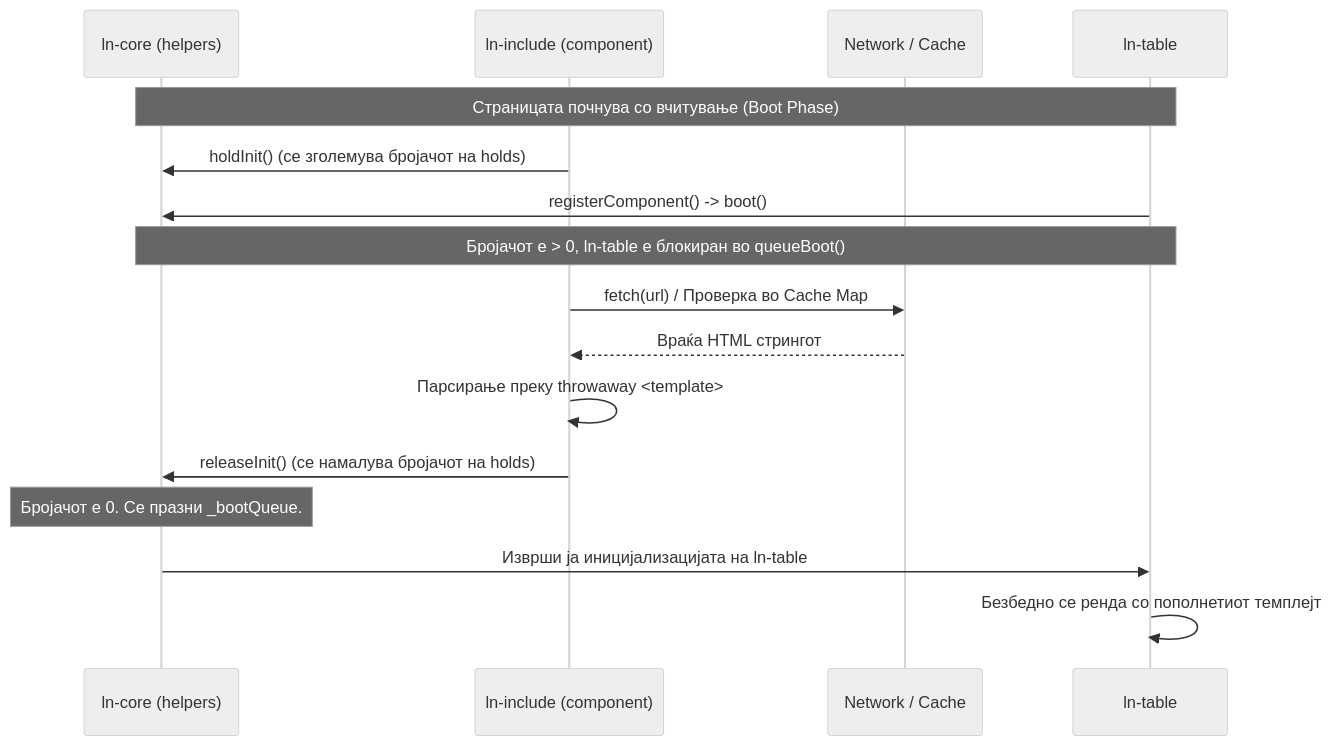
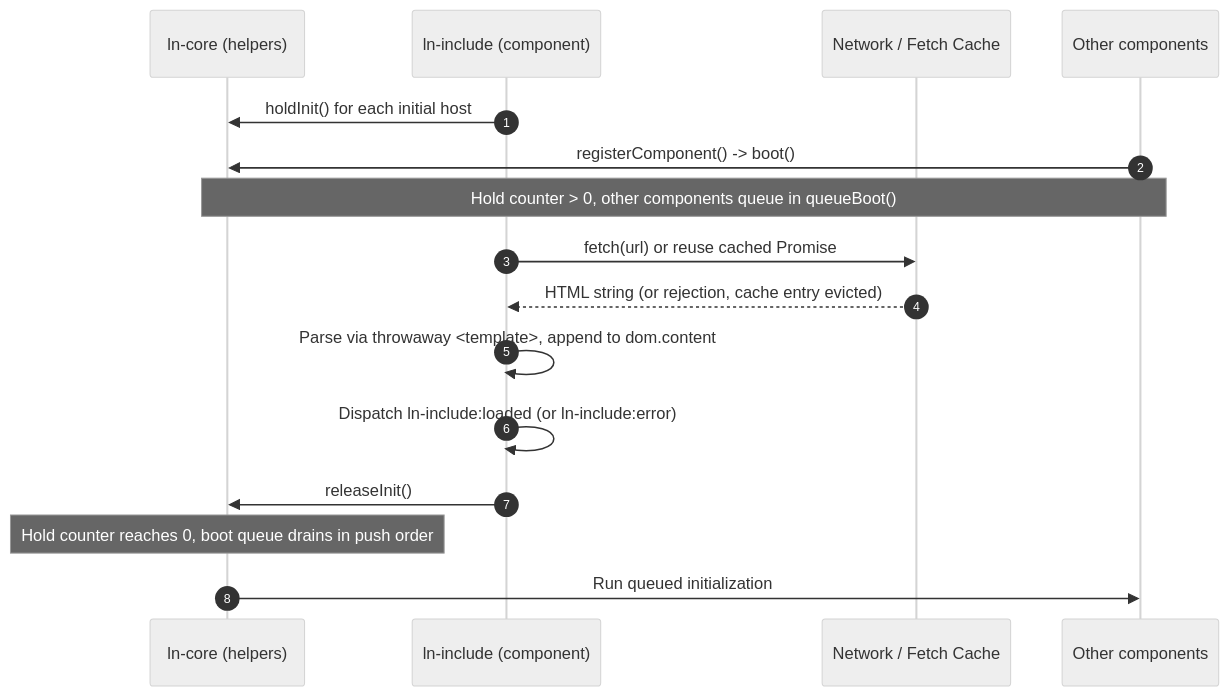
Before and after one commit to livenetworks/ln-ashlar: the diagram in docs-mcp/components/ln-include.md, drawn with Mermaid (neutral theme). The commit also changed other lines of this file and 6 other files, not shown here.

````diff
--- a/docs-mcp/components/ln-include.md
+++ b/docs-mcp/components/ln-include.md
@@ -89,21 +100,21 @@
 ```mermaid
 sequenceDiagram
-    participant Core as ln-core (helpers)
-    participant Inc as ln-include (component)
-    participant Net as Network / Cache
-    participant Table as ln-table
+	autonumber
+	participant Core as ln-core (helpers)
+	participant Inc as ln-include (component)
+	participant Net as Network / Fetch Cache
+	participant Other as Other components
 
-    Note over Core,Table: Страницата почнува со вчитување (Boot Phase)
-    Inc->>Core: holdInit() (се зголемува бројачот на holds)
-    Table->>Core: registerComponent() -> boot()
-    Note over Table,Core: Бројачот е > 0, ln-table е блокиран во queueBoot()
-    
-    Inc->>Net: fetch(url) / Проверка во Cache Map
-    Net-->>Inc: Враќа HTML стрингот
-    Inc->>Inc: Парсирање преку throwaway <template>
-    Inc->>Core: releaseInit() (се намалува бројачот на holds)
-    
-    Note over Core: Бројачот е 0. Се празни _bootQueue.
-    Core->>Table: Изврши ја иницијализацијата на ln-table
-    Table->>Table: Безбедно се ренда со пополнетиот темплејт
+	Inc->>Core: holdInit() for each initial host
+	Other->>Core: registerComponent() -> boot()
+	Note over Other,Core: Hold counter > 0, other components queue in queueBoot()
+
+	Inc->>Net: fetch(url) or reuse cached Promise
+	Net-->>Inc: HTML string (or rejection, cache entry evicted)
+	Inc->>Inc: Parse via throwaway <template>, append to dom.content
+	Inc->>Inc: Dispatch ln-include:loaded (or ln-include:error)
+	Inc->>Core: releaseInit()
+
+	Note over Core: Hold counter reaches 0, boot queue drains in push order
+	Core->>Other: Run queued initialization
 ```
````
